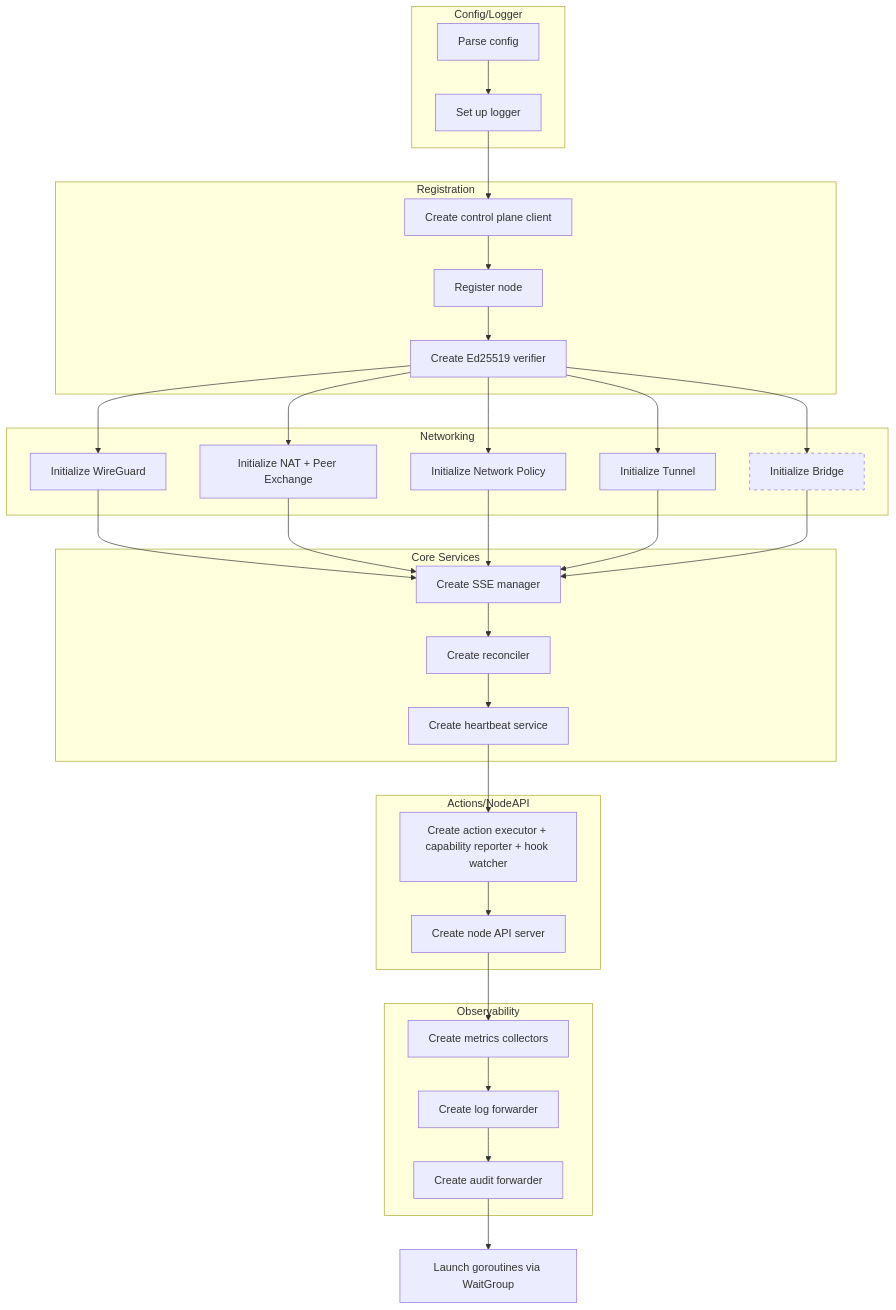
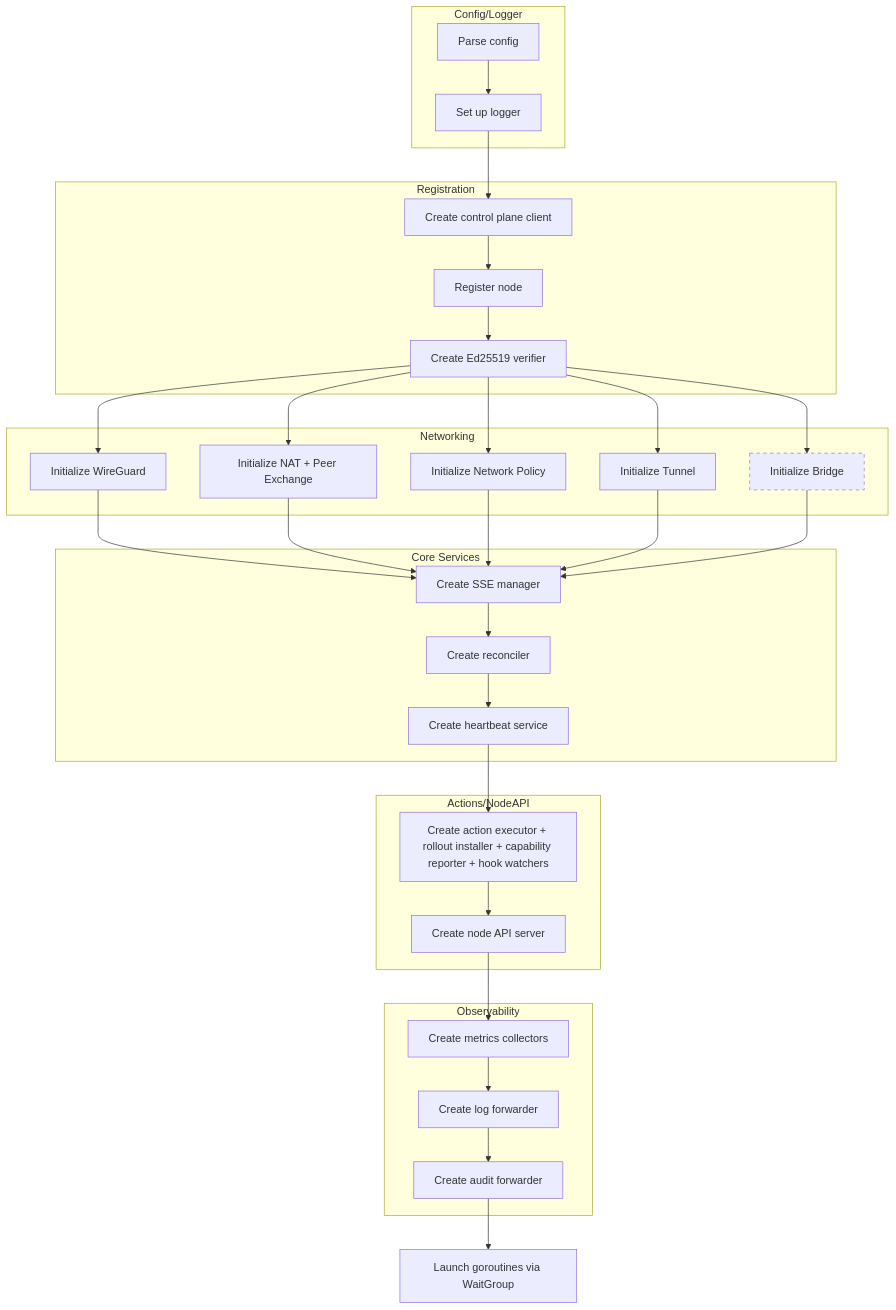
Before and after one commit to plexsphere/plexd: the first of 2 diagrams in docs/concepts.md, drawn with Mermaid. The commit also changed other lines of this file and 17 other files, not shown here.

````diff
--- a/docs/concepts.md
+++ b/docs/concepts.md
@@ -34,41 +34,41 @@
 ```mermaid
 flowchart TD
     subgraph Config/Logger
         A1[Parse config] --> A2[Set up logger]
     end
 
     subgraph Registration
         A2 --> A3[Create control plane client]
         A3 --> A4[Register node]
         A4 --> A5[Create Ed25519 verifier]
     end
 
     subgraph Networking
         A5 --> A6[Initialize WireGuard]
         A5 --> A7[Initialize NAT + Peer Exchange]
         A5 --> A8[Initialize Network Policy]
         A5 --> A9[Initialize Tunnel]
         A5 --> A10[Initialize Bridge]
     end
 
     subgraph Core Services
         A6 & A7 & A8 & A9 & A10 --> A11[Create SSE manager]
         A11 --> A12[Create reconciler]
         A12 --> A13[Create heartbeat service]
     end
 
     subgraph Actions/NodeAPI
-        A13 --> A14[Create action executor + capability reporter + hook watcher]
+        A13 --> A14[Create action executor + rollout installer + capability reporter + hook watchers]
         A14 --> A15[Create node API server]
     end
 
     subgraph Observability
         A15 --> A16[Create metrics collectors]
         A16 --> A17[Create log forwarder]
         A17 --> A18[Create audit forwarder]
     end
 
     A18 --> G[Launch goroutines via WaitGroup]
 
     style A10 stroke-dasharray: 5 5
 ```
````
